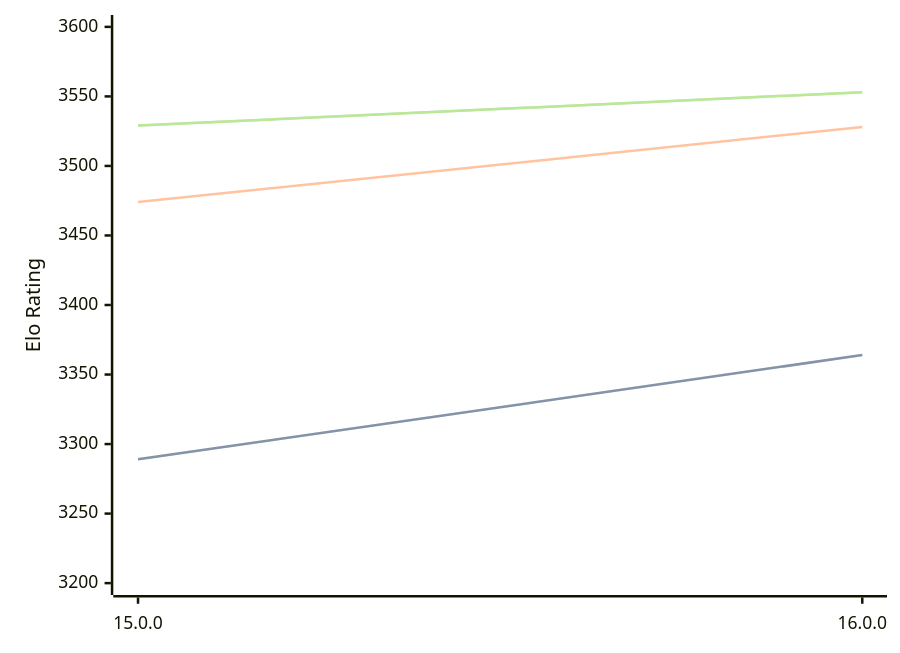
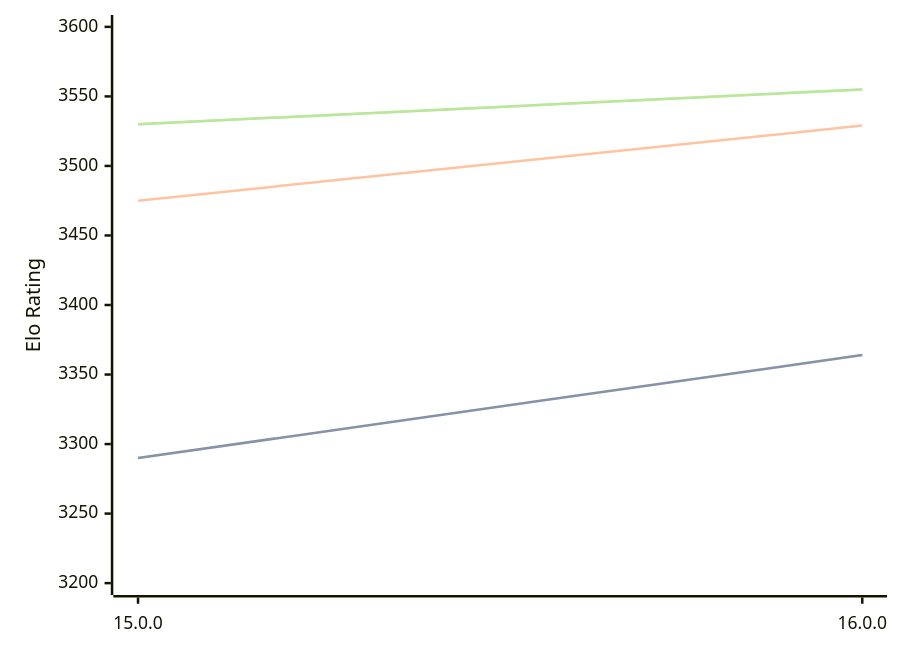
One commit to computer-chess-index/cci changed the diagram in engines/Halogen.md. Above: the diagram before and after it, drawn with Mermaid. The commit also changed other lines of this file, not shown here.

Commit message:
Update CCI Ratings (ELO VLTC) - 2026-09-07

````diff
--- a/engines/Halogen.md
+++ b/engines/Halogen.md
@@ -32,11 +32,11 @@
 ```mermaid
 %%{init: {"theme":"base","themeVariables":{"seriesColors:['#a3a3a3','#222221','#faa371']}}}%%
 xychart-beta
   x-axis ["15.0.0", "16.0.0"]
   y-axis "Elo Rating" 3200 --> 3600
-  line "" [3289, 3364]
-  line "STC (8.0+0.08s)" [3289, 3364]
-  line "LTC (60.0+0.60s)" [3474, 3528]
-  line "" [3529, 3553]
-  line "VLTC (2m24s+1.12s)" [3529, 3553]
+  line "" [3290, 3364]
+  line "STC (8.0+0.08s)" [3290, 3364]
+  line "LTC (60.0+0.60s)" [3475, 3529]
+  line "" [3530, 3555]
+  line "VLTC (2m24s+1.12s)" [3530, 3555]
 ```
````
